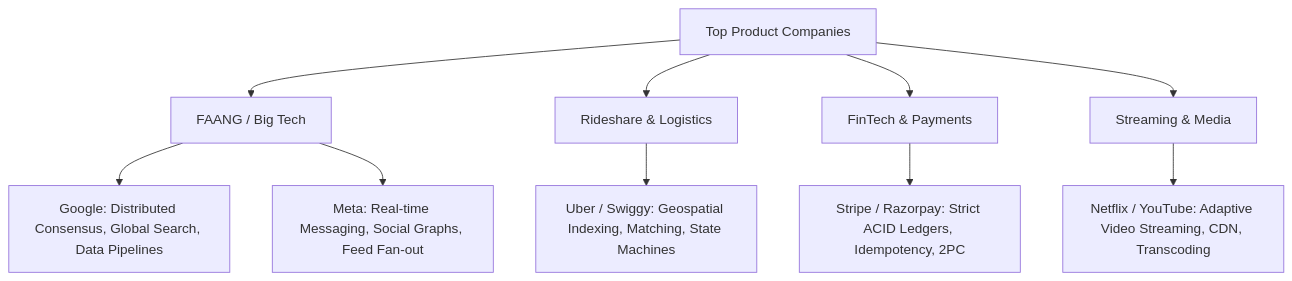
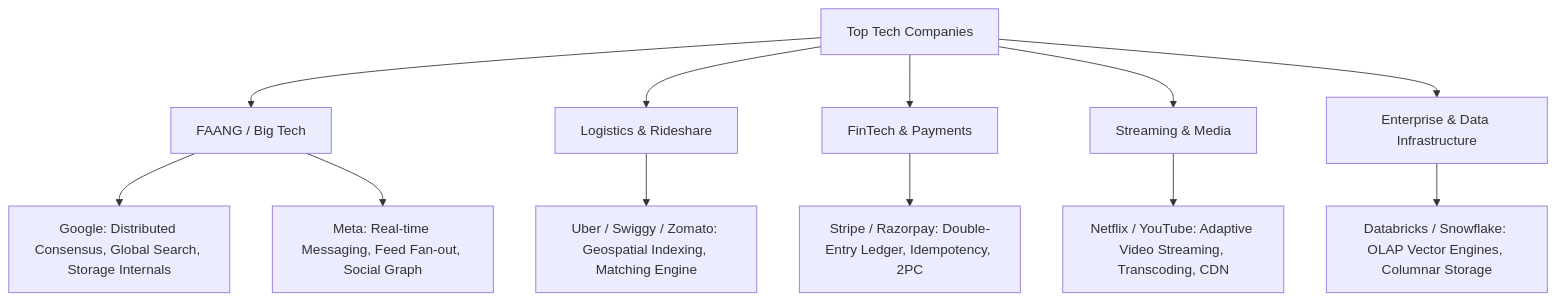
Before and after one commit to priyanshu-arya/Interview_Guide: the diagram in System_Design/Company_Questions.md, drawn with Mermaid. The commit also changed other lines of this file and 14 other files, not shown here.

````diff
--- a/System_Design/Company_Questions.md
+++ b/System_Design/Company_Questions.md
@@ -9,13 +9,15 @@
 ```mermaid
 graph TD
-    A[Top Product Companies] --> B[FAANG / Big Tech]
-    A --> C[Rideshare & Logistics]
+    A[Top Tech Companies] --> B[FAANG / Big Tech]
+    A --> C[Logistics & Rideshare]
     A --> D[FinTech & Payments]
     A --> E[Streaming & Media]
-    
-    B --> B1[Google: Distributed Consensus, Global Search, Data Pipelines]
-    B --> B2[Meta: Real-time Messaging, Social Graphs, Feed Fan-out]
-    C --> C1[Uber / Swiggy: Geospatial Indexing, Matching, State Machines]
-    D --> D1[Stripe / Razorpay: Strict ACID Ledgers, Idempotency, 2PC]
-    E --> E1[Netflix / YouTube: Adaptive Video Streaming, CDN, Transcoding]
+    A --> F[Enterprise & Data Infrastructure]
+
+    B --> B1[Google: Distributed Consensus, Global Search, Storage Internals]
+    B --> B2[Meta: Real-time Messaging, Feed Fan-out, Social Graph]
+    C --> C1[Uber / Swiggy / Zomato: Geospatial Indexing, Matching Engine]
+    D --> D1[Stripe / Razorpay: Double-Entry Ledger, Idempotency, 2PC]
+    E --> E1[Netflix / YouTube: Adaptive Video Streaming, Transcoding, CDN]
+    F --> F1[Databricks / Snowflake: OLAP Vector Engines, Columnar Storage]
 ```
````
